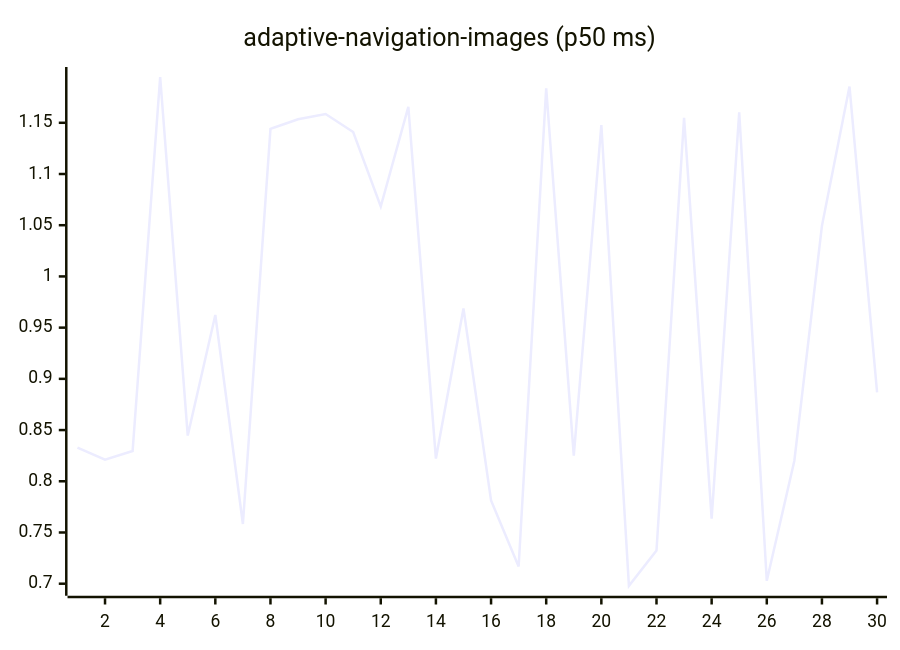
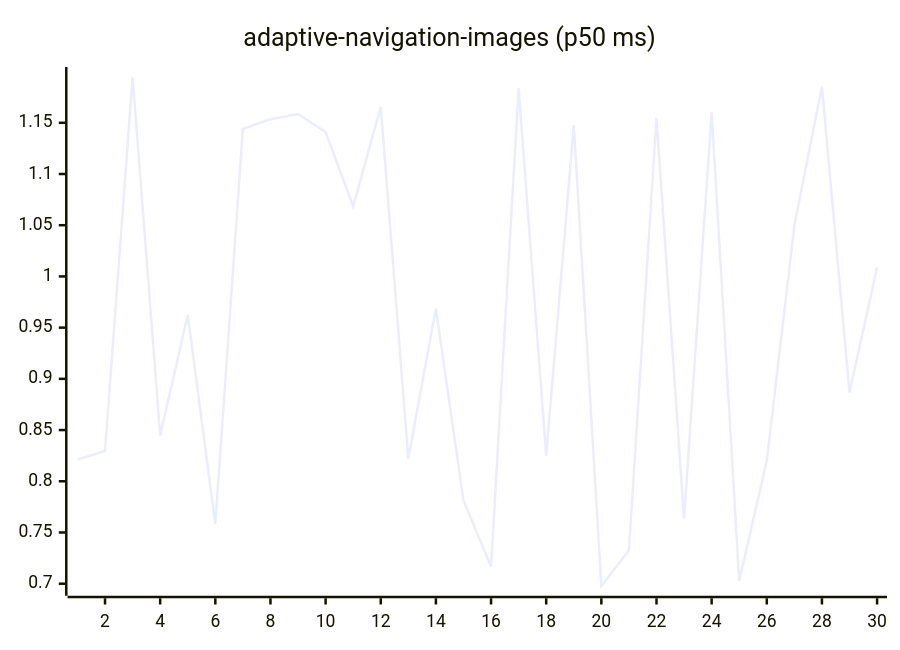
One commit to josha/Facet changed the first of 27 diagrams in README.md. Above: the diagram before and after it, drawn with Mermaid. The commit also changed other lines of this file and 2 other files, not shown here.

````diff
--- a/README.md
+++ b/README.md
@@ -63,6 +63,6 @@
 ```mermaid
 xychart-beta
     title "adaptive-navigation-images (p50 ms)"
     x-axis 1 --> 30
-    line [0.8328, 0.8211, 0.8295, 1.1947, 0.8446, 0.9624, 0.7583, 1.1441, 1.1535, 1.1586, 1.1410, 1.0683, 1.1655, 0.8222, 0.9687, 0.7812, 0.7168, 1.1836, 0.8250, 1.1478, 0.6980, 0.7325, 1.1549, 0.7635, 1.1603, 0.7028, 0.8201, 1.0494, 1.1854, 0.8867]
+    line [0.8211, 0.8295, 1.1947, 0.8446, 0.9624, 0.7583, 1.1441, 1.1535, 1.1586, 1.1410, 1.0683, 1.1655, 0.8222, 0.9687, 0.7812, 0.7168, 1.1836, 0.8250, 1.1478, 0.6980, 0.7325, 1.1549, 0.7635, 1.1603, 0.7028, 0.8201, 1.0494, 1.1854, 0.8867, 1.0090]
 ```
````
